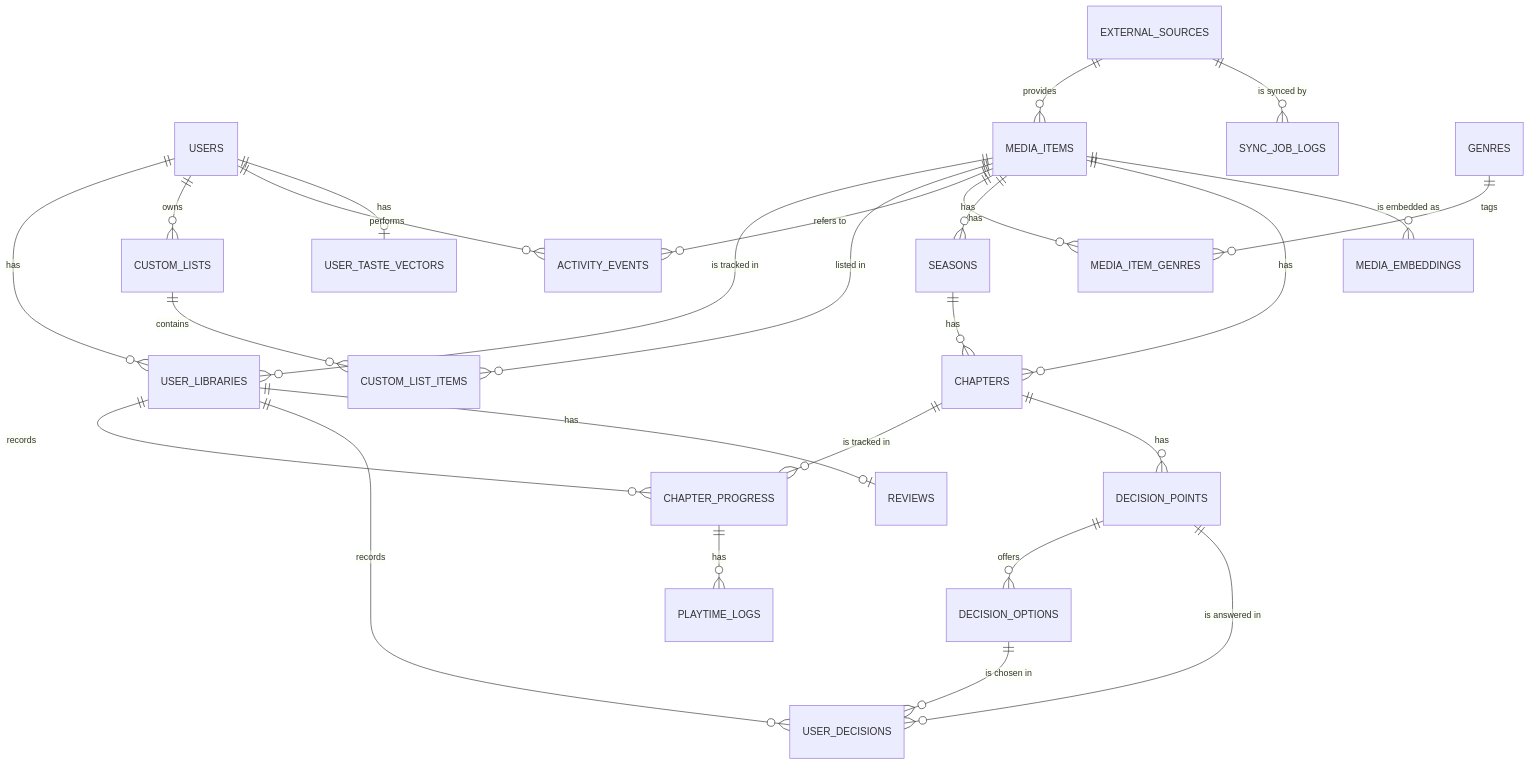
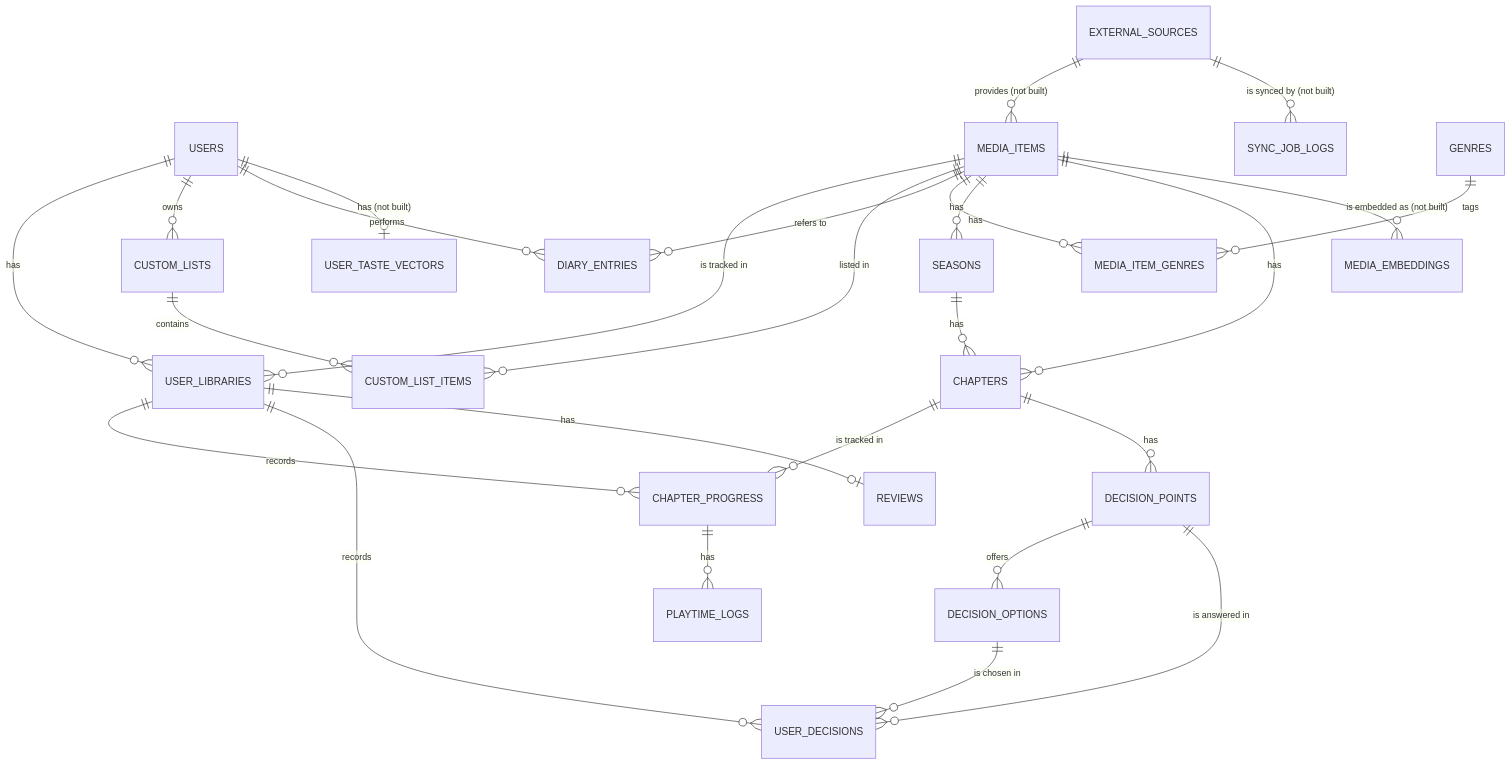
The first of 7 diagrams in docs/analysis/data/er-diagram.md (metezd/OmniLog), drawn with Mermaid before and after one commit. The commit also changed other lines of this file and 16 other files, not shown here.

````diff
--- a/docs/analysis/data/er-diagram.md
+++ b/docs/analysis/data/er-diagram.md
@@ -11,28 +18,28 @@
 ```mermaid
 erDiagram
     USERS ||--o{ USER_LIBRARIES : "has"
     MEDIA_ITEMS ||--o{ USER_LIBRARIES : "is tracked in"
     USERS ||--o{ CUSTOM_LISTS : "owns"
     CUSTOM_LISTS ||--o{ CUSTOM_LIST_ITEMS : "contains"
     MEDIA_ITEMS ||--o{ CUSTOM_LIST_ITEMS : "listed in"
-    USERS ||--o{ ACTIVITY_EVENTS : "performs"
-    MEDIA_ITEMS ||--o{ ACTIVITY_EVENTS : "refers to"
-    EXTERNAL_SOURCES ||--o{ MEDIA_ITEMS : "provides"
-    EXTERNAL_SOURCES ||--o{ SYNC_JOB_LOGS : "is synced by"
+    USERS ||--o{ DIARY_ENTRIES : "performs"
+    MEDIA_ITEMS ||--o{ DIARY_ENTRIES : "refers to"
+    EXTERNAL_SOURCES ||--o{ MEDIA_ITEMS : "provides (not built)"
+    EXTERNAL_SOURCES ||--o{ SYNC_JOB_LOGS : "is synced by (not built)"
     MEDIA_ITEMS ||--o{ MEDIA_ITEM_GENRES : "has"
     GENRES ||--o{ MEDIA_ITEM_GENRES : "tags"
     MEDIA_ITEMS ||--o{ SEASONS : "has"
     SEASONS ||--o{ CHAPTERS : "has"
     MEDIA_ITEMS ||--o{ CHAPTERS : "has"
     USER_LIBRARIES ||--o{ CHAPTER_PROGRESS : "records"
     CHAPTERS ||--o{ CHAPTER_PROGRESS : "is tracked in"
     CHAPTER_PROGRESS ||--o{ PLAYTIME_LOGS : "has"
     CHAPTERS ||--o{ DECISION_POINTS : "has"
     DECISION_POINTS ||--o{ DECISION_OPTIONS : "offers"
     USER_LIBRARIES ||--o{ USER_DECISIONS : "records"
     DECISION_POINTS ||--o{ USER_DECISIONS : "is answered in"
     DECISION_OPTIONS ||--o{ USER_DECISIONS : "is chosen in"
     USER_LIBRARIES ||--o| REVIEWS : "has"
-    MEDIA_ITEMS ||--o{ MEDIA_EMBEDDINGS : "is embedded as"
-    USERS ||--o| USER_TASTE_VECTORS : "has"
+    MEDIA_ITEMS ||--o{ MEDIA_EMBEDDINGS : "is embedded as (not built)"
+    USERS ||--o| USER_TASTE_VECTORS : "has (not built)"
 ```
````
